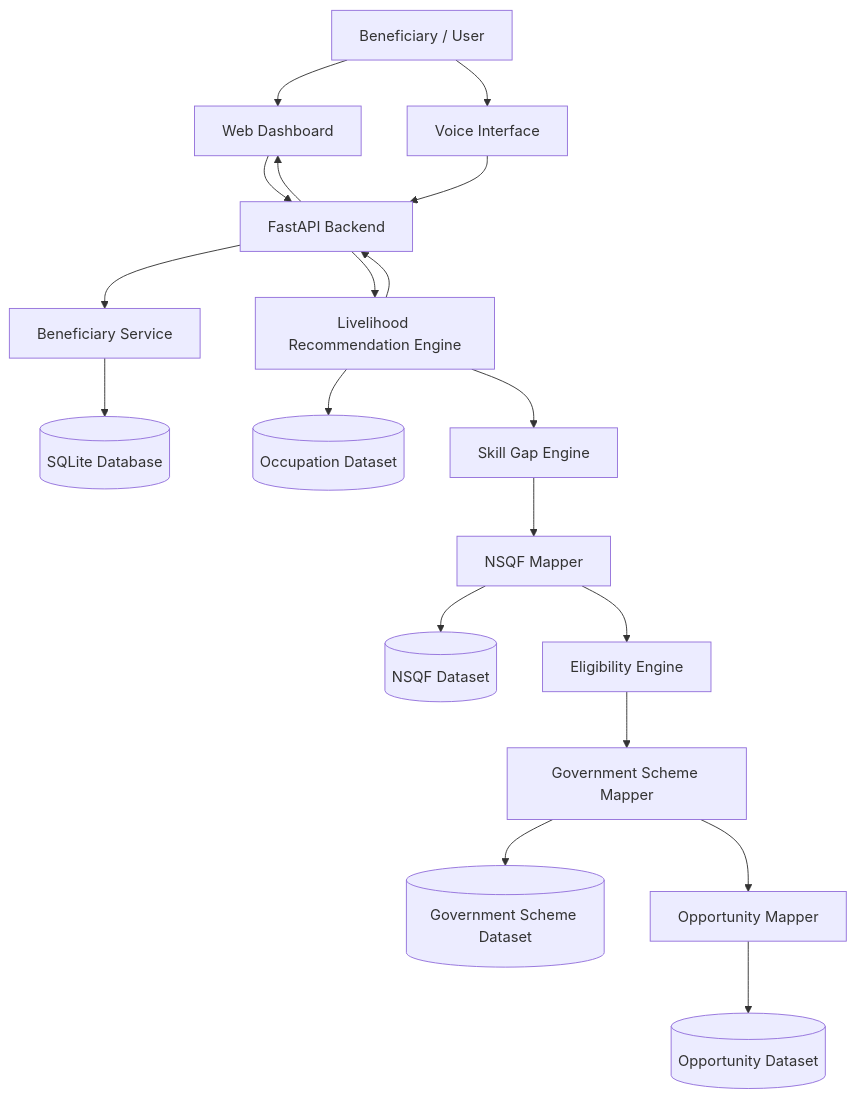
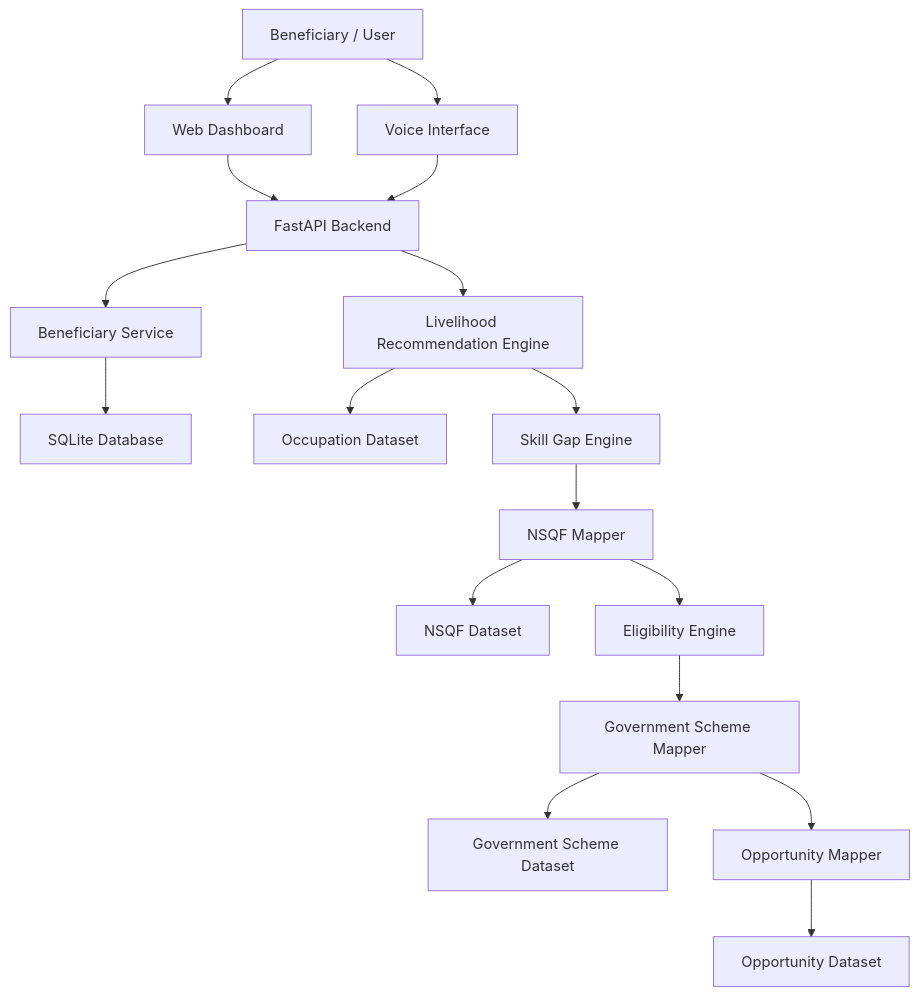
Before and after one commit to Adarsha-o-O/jeevika-ai: the diagram in README.md, drawn with Mermaid.

Commit message:
Fix README architecture diagram

````diff
--- a/README.md
+++ b/README.md
@@ -362,48 +362,26 @@
 ```mermaid
-flowchart TD
+graph TD
+    A["Beneficiary / User"] --> B["Web Dashboard"]
+    A --> C["Voice Interface"]
 
-    A[Beneficiary / User]
-    B[Web Dashboard]
-    C[Voice Interface]
-
-    D[FastAPI Backend]
-
-    E[Beneficiary Service]
-    F[Livelihood Recommendation Engine]
-    G[Skill Gap Engine]
-    H[NSQF Mapper]
-    I[Eligibility Engine]
-    J[Government Scheme Mapper]
-    K[Opportunity Mapper]
-
-    L[(SQLite Database)]
-
-    M[(Occupation Dataset)]
-    N[(NSQF Dataset)]
-    O[(Government Scheme Dataset)]
-    P[(Opportunity Dataset)]
-
-    A --> B
-    A --> C
-
-    B --> D
+    B --> D["FastAPI Backend"]
     C --> D
 
-    D --> E
-    D --> F
+    D --> E["Beneficiary Service"]
+    D --> F["Livelihood Recommendation Engine"]
 
-    E --> L
+    E --> L["SQLite Database"]
 
-    F --> M
-    F --> G
-    G --> H
-    H --> N
-    H --> I
-    I --> J
-    J --> O
-    J --> K
-    K --> P
+    F --> M["Occupation Dataset"]
+    F --> G["Skill Gap Engine"]
 
-    F --> D
-    D --> B
+    G --> H["NSQF Mapper"]
+    H --> N["NSQF Dataset"]
+    H --> I["Eligibility Engine"]
+
+    I --> J["Government Scheme Mapper"]
+    J --> O["Government Scheme Dataset"]
+    J --> K["Opportunity Mapper"]
+
+    K --> P["Opportunity Dataset"]
 ```
````
